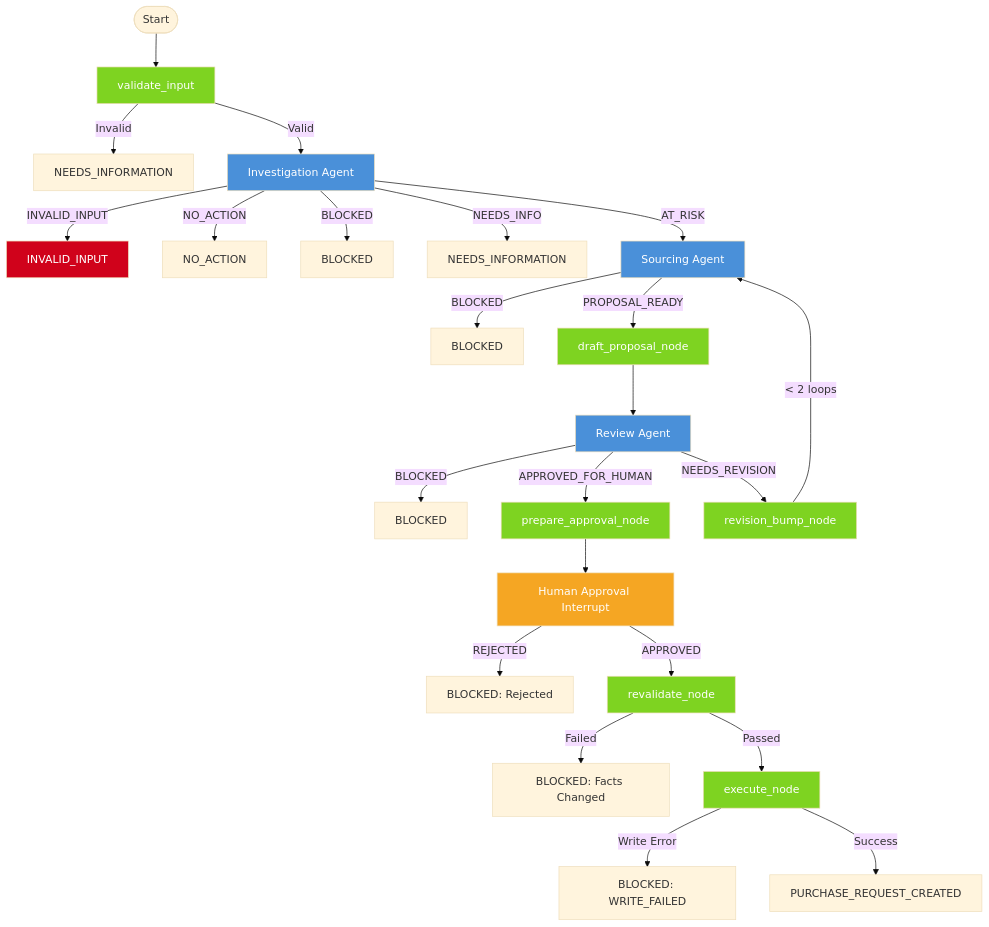
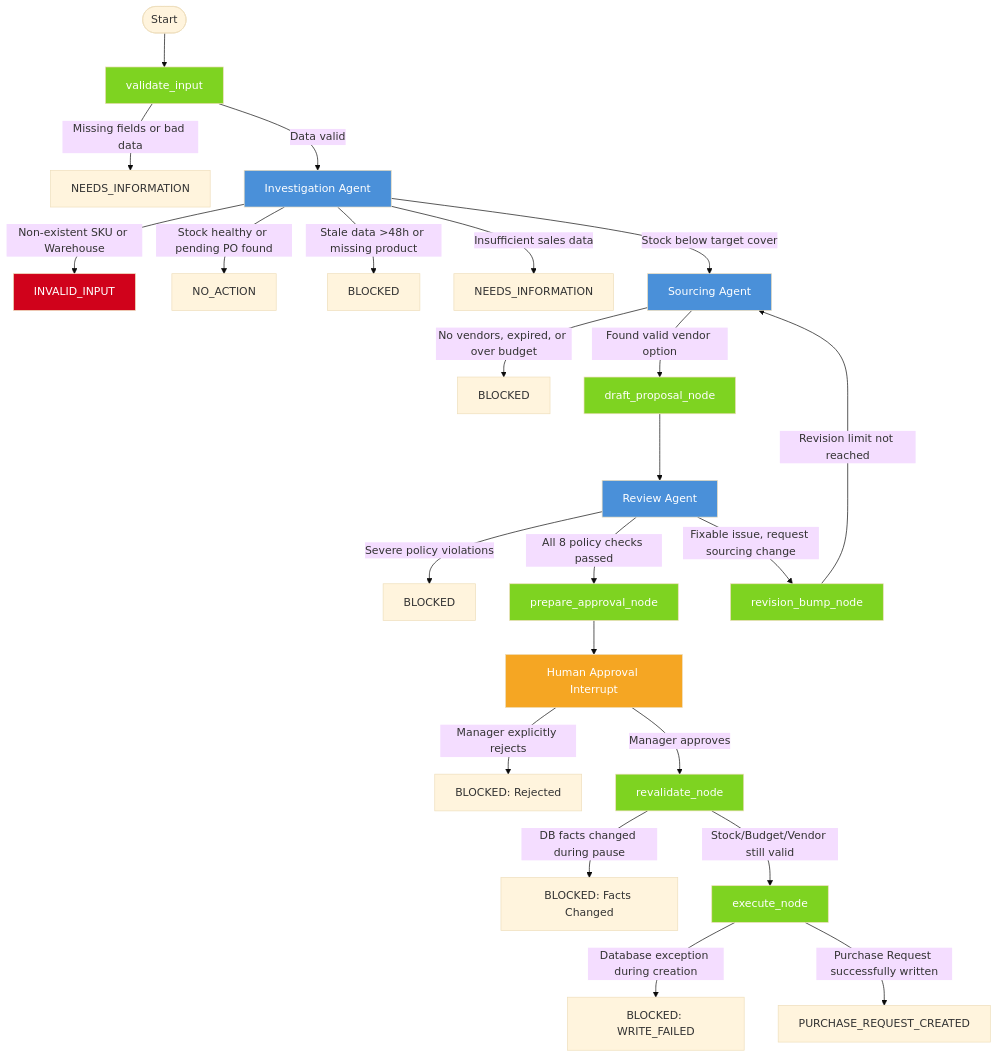
The diagram in submission/design.md (AdithyaGopakumar/IIT-M-Pravarthak-Mini-Project-Vitrious), drawn with Mermaid (base theme) before and after one commit.

Commit message:
Updated design.md file.

````diff
--- a/submission/design.md
+++ b/submission/design.md
@@ -7,45 +7,45 @@
 ```mermaid
 graph TD
     START([Start]) --> VALIDATE[validate_input]
-    VALIDATE -->|Invalid| TERMINAL_NEEDS_INFO[NEEDS_INFORMATION]
-    VALIDATE -->|Valid| INVESTIGATE[Investigation Agent]
+    VALIDATE -->|Missing fields or bad data| TERMINAL_NEEDS_INFO[NEEDS_INFORMATION]
+    VALIDATE -->|Data valid| INVESTIGATE[Investigation Agent]
     
-    INVESTIGATE -->|INVALID_INPUT| TERMINAL_INVALID[INVALID_INPUT]
-    INVESTIGATE -->|NO_ACTION| TERMINAL_NO_ACTION[NO_ACTION]
-    INVESTIGATE -->|BLOCKED| TERMINAL_BLOCKED_INVEST[BLOCKED]
-    INVESTIGATE -->|NEEDS_INFO| TERMINAL_NEEDS_INFO2[NEEDS_INFORMATION]
-    INVESTIGATE -->|AT_RISK| SOURCE[Sourcing Agent]
+    INVESTIGATE -->|Non-existent SKU or Warehouse| TERMINAL_INVALID[INVALID_INPUT]
+    INVESTIGATE -->|Stock healthy or pending PO found| TERMINAL_NO_ACTION[NO_ACTION]
+    INVESTIGATE -->|Stale data >48h or missing product| TERMINAL_BLOCKED_INVEST[BLOCKED]
+    INVESTIGATE -->|Insufficient sales data| TERMINAL_NEEDS_INFO2[NEEDS_INFORMATION]
+    INVESTIGATE -->|Stock below target cover| SOURCE[Sourcing Agent]
     
-    SOURCE -->|BLOCKED| TERMINAL_BLOCKED_SOURCE[BLOCKED]
-    SOURCE -->|PROPOSAL_READY| DRAFT[draft_proposal_node]
+    SOURCE -->|No vendors, expired, or over budget| TERMINAL_BLOCKED_SOURCE[BLOCKED]
+    SOURCE -->|Found valid vendor option| DRAFT[draft_proposal_node]
     
     DRAFT --> REVIEW[Review Agent]
     
-    REVIEW -->|BLOCKED| TERMINAL_BLOCKED_REVIEW[BLOCKED]
-    REVIEW -->|APPROVED_FOR_HUMAN| APPROVAL_PREP[prepare_approval_node]
-    REVIEW -->|NEEDS_REVISION| REVISION_BUMP[revision_bump_node]
-    REVISION_BUMP -->|< 2 loops| SOURCE
+    REVIEW -->|Severe policy violations| TERMINAL_BLOCKED_REVIEW[BLOCKED]
+    REVIEW -->|All 8 policy checks passed| APPROVAL_PREP[prepare_approval_node]
+    REVIEW -->|Fixable issue, request sourcing change| REVISION_BUMP[revision_bump_node]
+    REVISION_BUMP -->|Revision limit not reached| SOURCE
     
     APPROVAL_PREP --> HUMAN[Human Approval Interrupt]
     
-    HUMAN -->|REJECTED| TERMINAL_REJECTED["BLOCKED: Rejected"]
-    HUMAN -->|APPROVED| REVALIDATE[revalidate_node]
+    HUMAN -->|Manager explicitly rejects| TERMINAL_REJECTED["BLOCKED: Rejected"]
+    HUMAN -->|Manager approves| REVALIDATE[revalidate_node]
     
-    REVALIDATE -->|Failed| TERMINAL_BLOCKED_REVAL["BLOCKED: Facts Changed"]
-    REVALIDATE -->|Passed| EXECUTE[execute_node]
+    REVALIDATE -->|DB facts changed during pause| TERMINAL_BLOCKED_REVAL["BLOCKED: Facts Changed"]
+    REVALIDATE -->|Stock/Budget/Vendor still valid| EXECUTE[execute_node]
     
-    EXECUTE -->|Write Error| TERMINAL_WRITE_FAIL["BLOCKED: WRITE_FAILED"]
-    EXECUTE -->|Success| TERMINAL_SUCCESS[PURCHASE_REQUEST_CREATED]
+    EXECUTE -->|Database exception during creation| TERMINAL_WRITE_FAIL["BLOCKED: WRITE_FAILED"]
+    EXECUTE -->|Purchase Request successfully written| TERMINAL_SUCCESS[PURCHASE_REQUEST_CREATED]
 
     style INVESTIGATE fill:#4a90d9,color:white
     style SOURCE fill:#4a90d9,color:white
     style REVIEW fill:#4a90d9,color:white
     style HUMAN fill:#f5a623,color:white
     style VALIDATE fill:#7ed321,color:white
     style DRAFT fill:#7ed321,color:white
     style APPROVAL_PREP fill:#7ed321,color:white
     style REVALIDATE fill:#7ed321,color:white
     style EXECUTE fill:#7ed321,color:white
     style REVISION_BUMP fill:#7ed321,color:white
     style TERMINAL_INVALID fill:#d0021b,color:white
 ```
````
